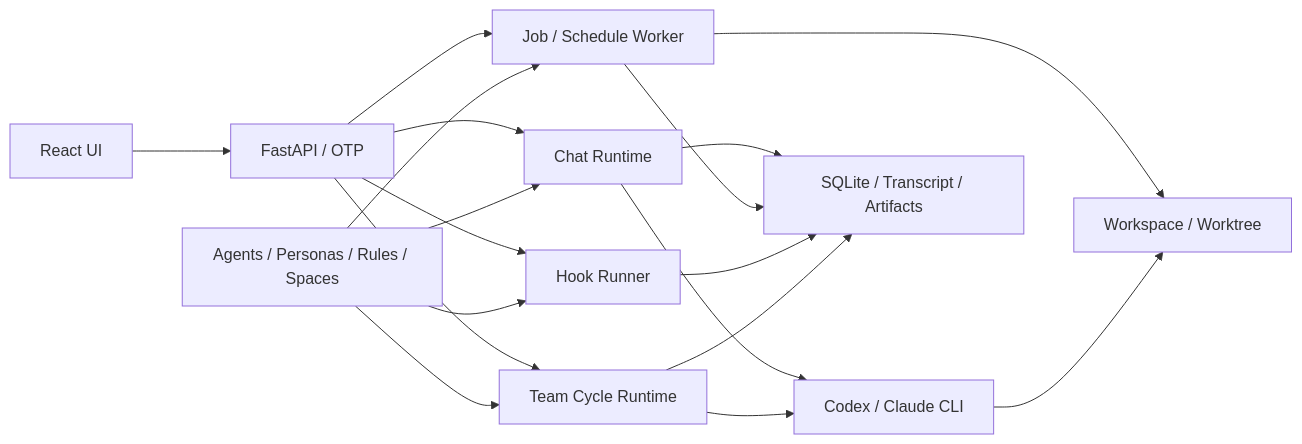
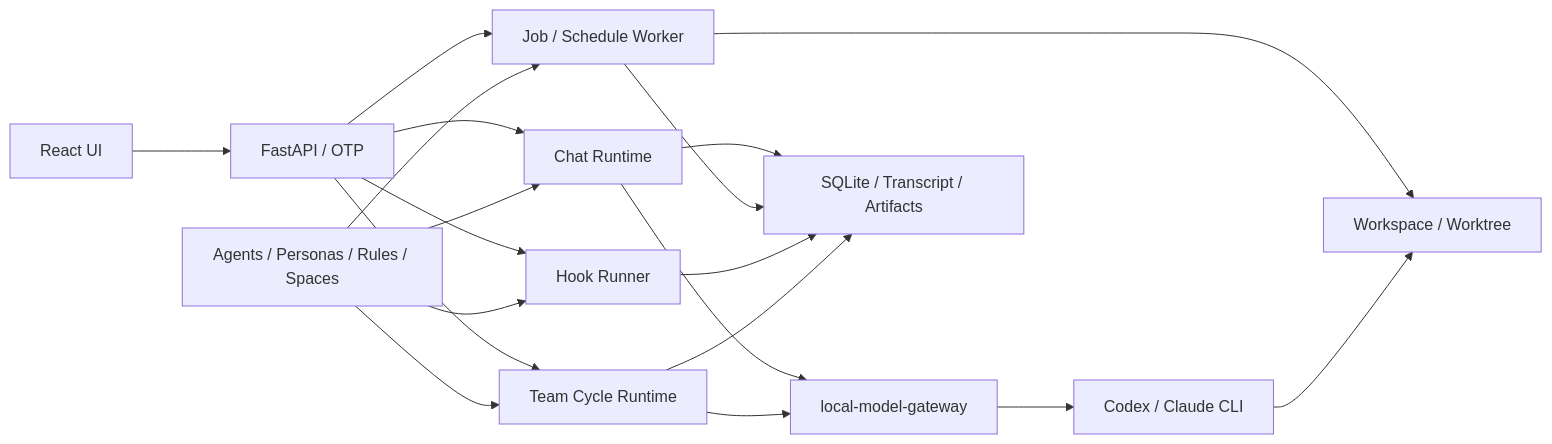
One commit to LeeLeeLeeee/personal-agent-gateway changed the diagram in README.md. Above: the diagram before and after it, drawn with Mermaid. The commit also changed other lines of this file, not shown here.

Commit message:
docs: reflect local-model-gateway split + recent changes in README

````diff
--- a/README.md
+++ b/README.md
@@ -33,20 +35,21 @@
 ```mermaid
 flowchart LR
     UI[React UI] --> API[FastAPI / OTP]
     API --> Chat[Chat Runtime]
     API --> Jobs[Job / Schedule Worker]
     API --> Hooks[Hook Runner]
     API --> Team[Team Cycle Runtime]
     Policy[Agents / Personas / Rules / Spaces] --> Chat
     Policy --> Jobs
     Policy --> Hooks
     Policy --> Team
-    Chat --> CLI[Codex / Claude CLI]
-    Team --> CLI
+    Chat --> LMG[local-model-gateway]
+    Team --> LMG
+    LMG --> CLI[Codex / Claude CLI]
     Jobs --> WS[Workspace / Worktree]
     CLI --> WS
     Chat --> State[SQLite / Transcript / Artifacts]
     Jobs --> State
     Hooks --> State
     Team --> State
 ```
````
